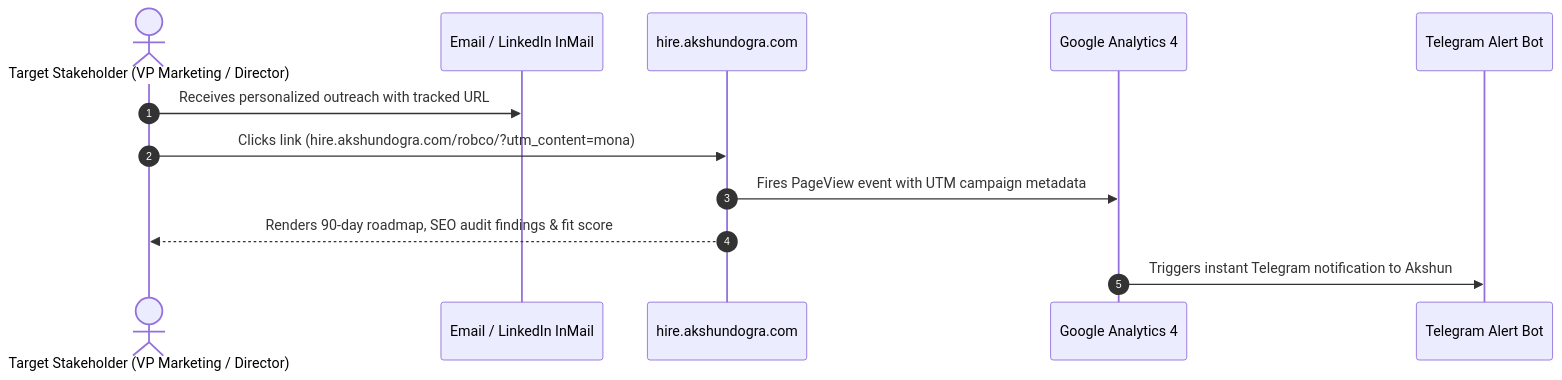
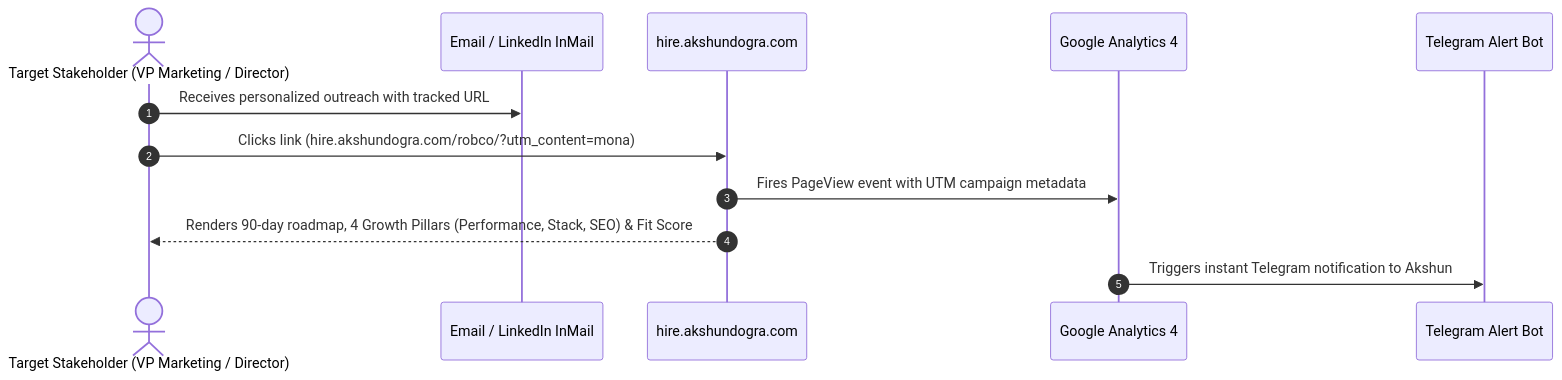
The fourth of 4 diagrams in README.md (akshundogra/hire), drawn with Mermaid before and after one commit. The commit also changed other lines of this file, not shown here.

Commit message:
docs: add 4 Growth Audit Pillars, Performance Marketing ad signals & Tech Stack fingerprinting matrix to README

````diff
--- a/README.md
+++ b/README.md
@@ -93,15 +112,15 @@
 ```mermaid
 sequenceDiagram
     autonumber
     actor Leader as Target Stakeholder (VP Marketing / Director)
     participant Channel as Email / LinkedIn InMail
     participant Host as hire.akshundogra.com
     participant GA4 as Google Analytics 4
     participant Telegram as Telegram Alert Bot
 
     Leader->>Channel: Receives personalized outreach with tracked URL
     Leader->>Host: Clicks link (hire.akshundogra.com/robco/?utm_content=mona)
     Host->>GA4: Fires PageView event with UTM campaign metadata
-    Host-->>Leader: Renders 90-day roadmap, SEO audit findings & fit score
+    Host-->>Leader: Renders 90-day roadmap, 4 Growth Pillars (Performance, Stack, SEO) & Fit Score
     GA4->>Telegram: Triggers instant Telegram notification to Akshun
 ```
````
